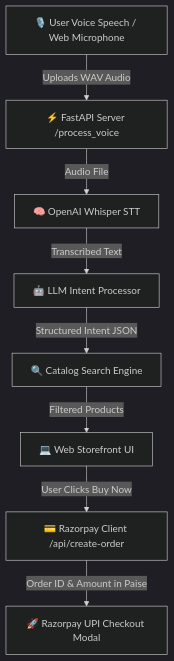
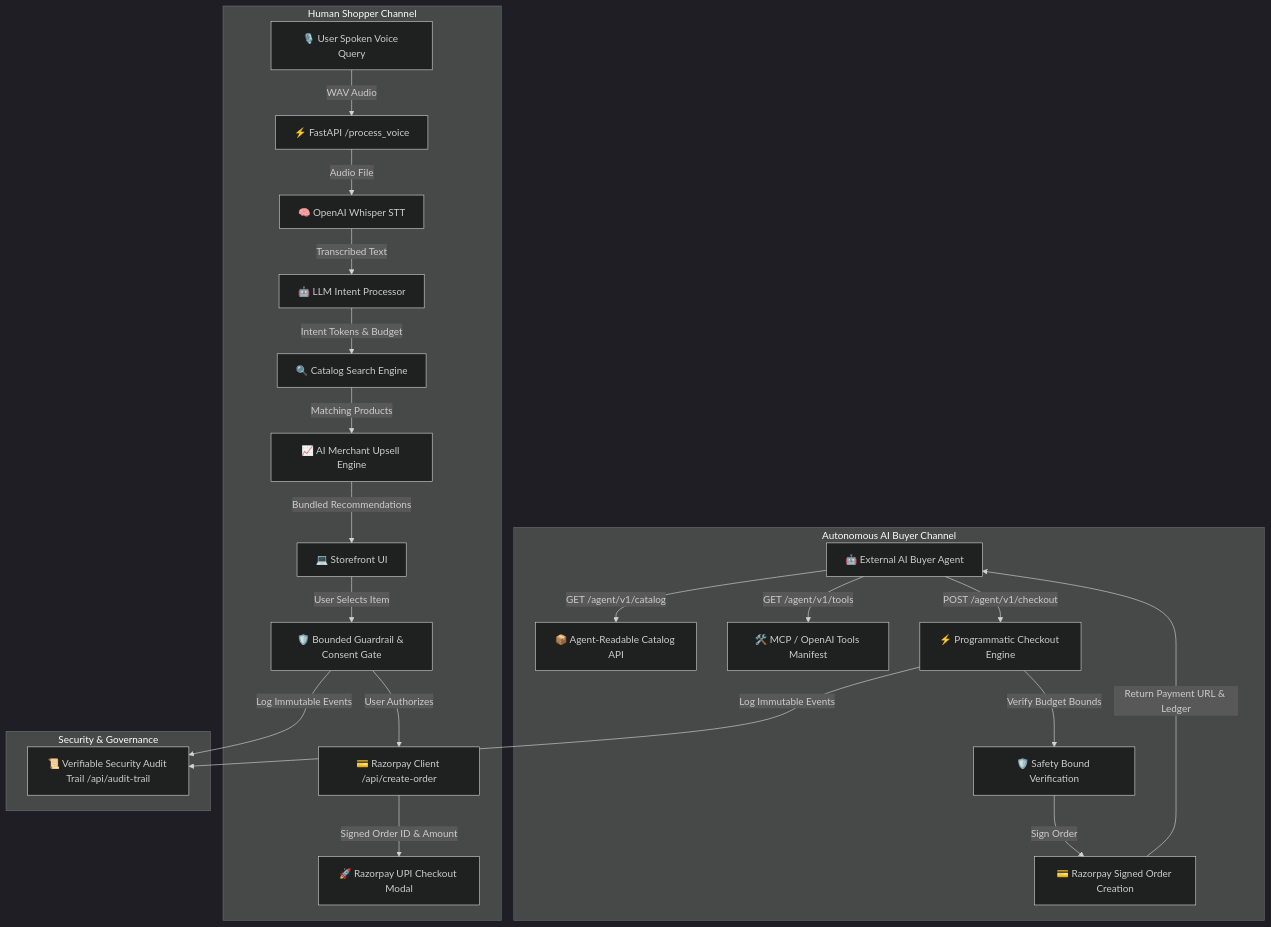
One commit to Kale-Avinash022/AgenticVoiceCart changed the diagram in README.md. Above: the diagram before and after it, drawn with Mermaid (dark theme). The commit also changed other lines of this file and 7 other files, not shown here.

Commit message:
feat: implement Track 01 full compliance (AI Upsell, Bounded Guardrails, Audit Ledger, Failure Recovery, Agent Protocol)

````diff
--- a/README.md
+++ b/README.md
@@ -25,10 +34,27 @@
 ```mermaid
 graph TD
-    A[🎙️ User Voice Speech / Web Microphone] -->|Uploads WAV Audio| B[⚡ FastAPI Server /process_voice]
-    B -->|Audio File| C[🧠 OpenAI Whisper STT]
-    C -->|Transcribed Text| D[🤖 LLM Intent Processor]
-    D -->|Structured Intent JSON| E[🔍 Catalog Search Engine]
-    E -->|Filtered Products| F[💻 Web Storefront UI]
-    F -->|User Clicks Buy Now| G[💳 Razorpay Client /api/create-order]
-    G -->|Order ID & Amount in Paise| H[🚀 Razorpay UPI Checkout Modal]
+    subgraph Human Shopper Channel
+        A[🎙️ User Spoken Voice Query] -->|WAV Audio| B[⚡ FastAPI /process_voice]
+        B -->|Audio File| C[🧠 OpenAI Whisper STT]
+        C -->|Transcribed Text| D[🤖 LLM Intent Processor]
+        D -->|Intent Tokens & Budget| E[🔍 Catalog Search Engine]
+        E -->|Matching Products| F[📈 AI Merchant Upsell Engine]
+        F -->|Bundled Recommendations| G[💻 Storefront UI]
+        G -->|User Selects Item| H[🛡️ Bounded Guardrail & Consent Gate]
+        H -->|User Authorizes| I[💳 Razorpay Client /api/create-order]
+        I -->|Signed Order ID & Amount| J[🚀 Razorpay UPI Checkout Modal]
+    end
+
+    subgraph Autonomous AI Buyer Channel
+        K[🤖 External AI Buyer Agent] -->|GET /agent/v1/catalog| L[📦 Agent-Readable Catalog API]
+        K -->|GET /agent/v1/tools| M[🛠️ MCP / OpenAI Tools Manifest]
+        K -->|POST /agent/v1/checkout| N[⚡ Programmatic Checkout Engine]
+        N -->|Verify Budget Bounds| O[🛡️ Safety Bound Verification]
+        O -->|Sign Order| P[💳 Razorpay Signed Order Creation]
+        P -->|Return Payment URL & Ledger| K
+    end
+
+    subgraph Security & Governance
+        H & N -->|Log Immutable Events| Q[📜 Verifiable Security Audit Trail /api/audit-trail]
+    end
 ```
````
